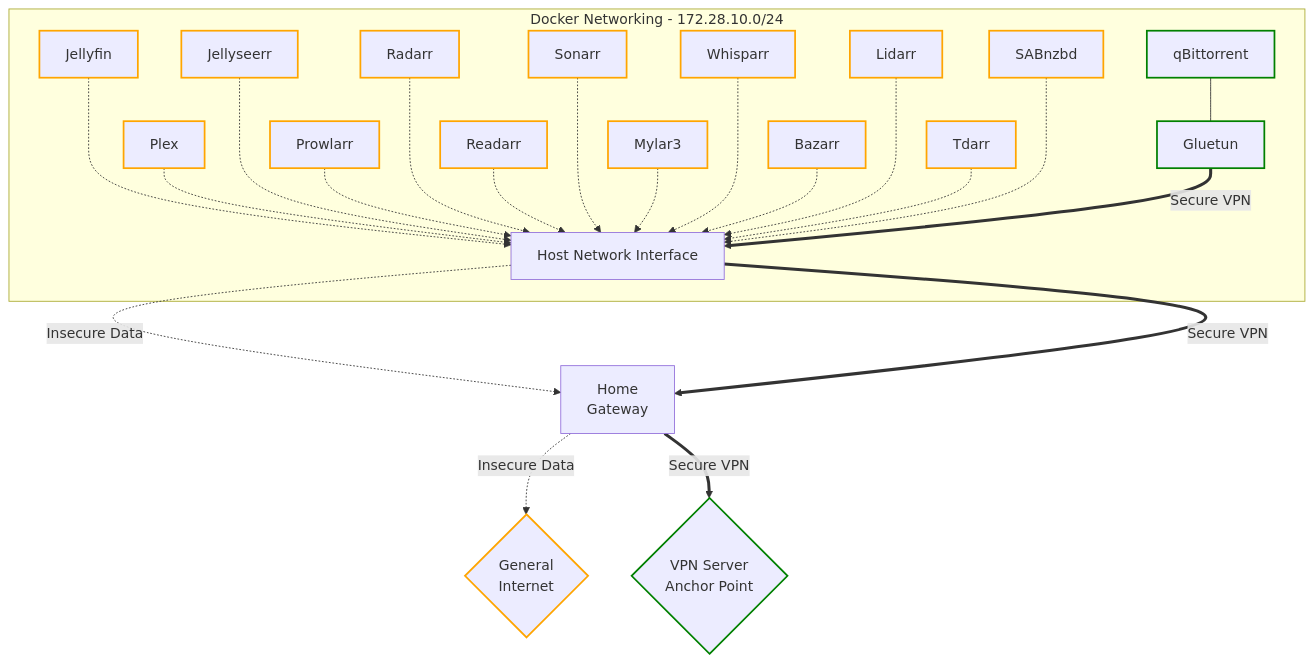
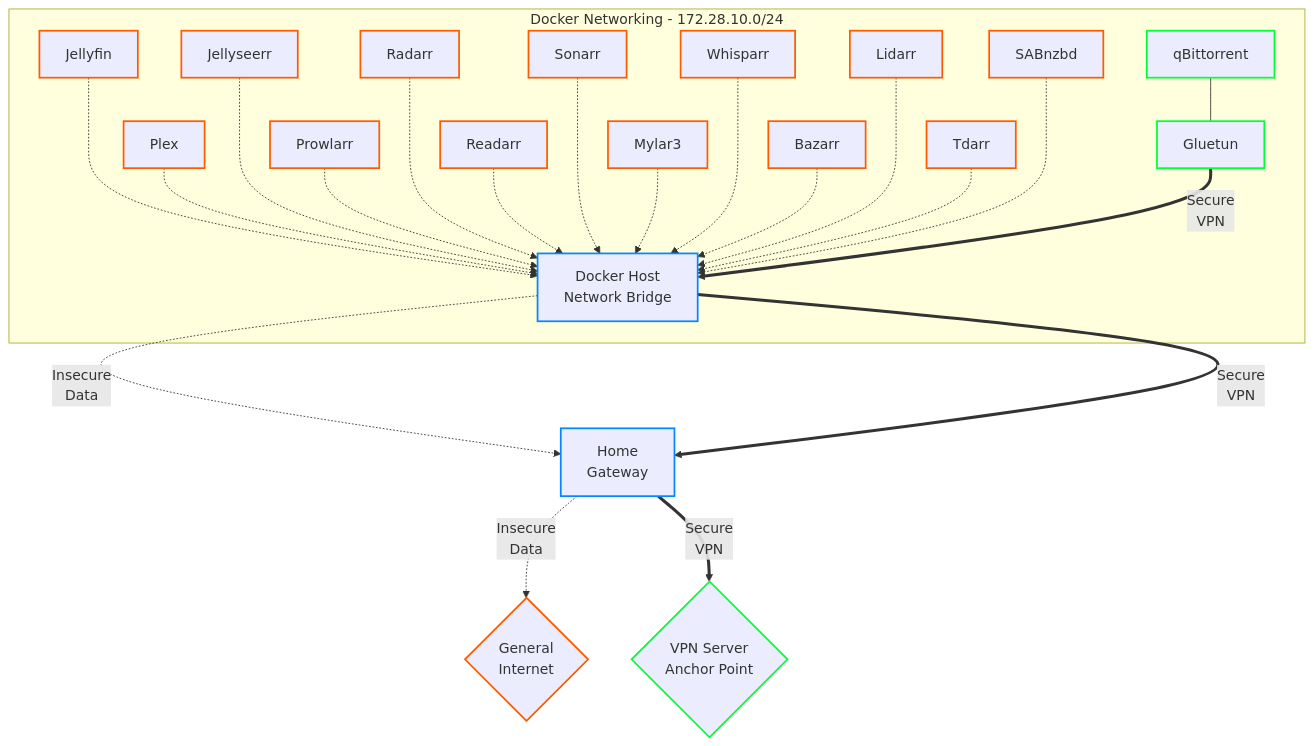
The second of 4 diagrams in README.md (geekau/mediastack), drawn with Mermaid before and after one commit. The commit also changed other lines of this file and 7 other files, not shown here.

````diff
--- a/README.md
+++ b/README.md
@@ -158,43 +160,45 @@
 ``` mermaid
 graph TD
     subgraph DockerNet[<center>Docker Networking - 172.28.10.0/24</center>]
         Jellyfin -..-> NIC
         Plex -.-> NIC
         Jellyseerr -..-> NIC
         Prowlarr -.-> NIC
         Radarr -..-> NIC
         Readarr -.-> NIC
         Sonarr -..-> NIC
         Mylar3 -.-> NIC
         Whisparr -..-> NIC
         Bazarr -.-> NIC
         Lidarr -..-> NIC
         Tdarr -.-> NIC
         SABnzbd -..-> NIC
-        NIC[Host Network Interface]
+        NIC[Docker Host</br>Network Bridge]
         qBittorrent --- Gluetun
     end
-    Gluetun ==>| Secure VPN | NIC
-    NIC -.->| Insecure Data | Gateway[<center>Home</p>Gateway</center>]
-    NIC ==>| Secure VPN | Gateway[<center>Home</p>Gateway</center>]
-    Gateway -.->| Insecure Data |Internet{<center>General</p>Internet</center>}
-    Gateway ==>|Secure VPN |VPN{<center>VPN Server</p>Anchor Point</center>}
+    Gluetun ==>| Secure</br>VPN | NIC
+    NIC -.->| Insecure</br>Data | Gateway[<center>Home</br>Gateway</center>]
+    NIC ==>| Secure</br>VPN | Gateway[<center>Home</br>Gateway</center>]
+    Gateway -.->| Insecure</br>Data |Internet{<center>General</br>Internet</center>}
+    Gateway ==>|Secure</br>VPN |VPN{<center>VPN Server</br>Anchor Point</center>}
     
-    style Bazarr stroke:orange,stroke-width:2px
-    style Lidarr stroke:orange,stroke-width:2px
-    style Mylar3 stroke:orange,stroke-width:2px
-    style Prowlarr stroke:orange,stroke-width:2px
-    style Radarr stroke:orange,stroke-width:2px
-    style Readarr stroke:orange,stroke-width:2px
-    style Sonarr stroke:orange,stroke-width:2px
-    style Tdarr stroke:orange,stroke-width:2px
-    style Whisparr stroke:orange,stroke-width:2px
-    style Jellyfin stroke:orange,stroke-width:2px
-    style Plex stroke:orange,stroke-width:2px
-    style qBittorrent stroke:green,stroke-width:2px
-    style Jellyseerr stroke:orange,stroke-width:2px
-    style SABnzbd stroke:orange,stroke-width:2px
-    style Gluetun stroke:green,stroke-width:2px
-    style VPN stroke:green,stroke-width:2px
-    style Internet stroke:orange,stroke-width:2px
+    style Bazarr      stroke:#FF5C00,stroke-width:2px
+    style Lidarr      stroke:#FF5C00,stroke-width:2px
+    style Mylar3      stroke:#FF5C00,stroke-width:2px
+    style Prowlarr    stroke:#FF5C00,stroke-width:2px
+    style Radarr      stroke:#FF5C00,stroke-width:2px
+    style Readarr     stroke:#FF5C00,stroke-width:2px
+    style Sonarr      stroke:#FF5C00,stroke-width:2px
+    style Tdarr       stroke:#FF5C00,stroke-width:2px
+    style Whisparr    stroke:#FF5C00,stroke-width:2px
+    style Jellyfin    stroke:#FF5C00,stroke-width:2px
+    style Plex        stroke:#FF5C00,stroke-width:2px
+    style qBittorrent stroke:#00FF33,stroke-width:2px
+    style Jellyseerr  stroke:#FF5C00,stroke-width:2px
+    style SABnzbd     stroke:#FF5C00,stroke-width:2px
+    style Gluetun     stroke:#00FF33,stroke-width:2px
+    style VPN         stroke:#00FF33,stroke-width:2px
+    style NIC         stroke:#0088FF,stroke-width:2px
+    style Gateway     stroke:#0088FF,stroke-width:2px
+    style Internet    stroke:#FF5C00,stroke-width:2px
 ```
````
